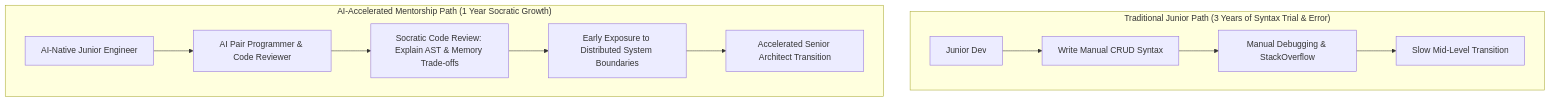
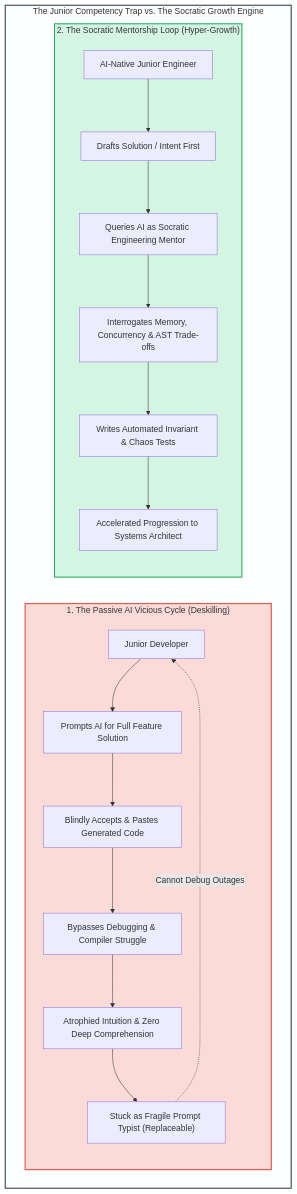
The first of 2 diagrams in content/series/ai-driven-engineer/part-8-the-junior-paradox.md (vesviet/vesviet), drawn with Mermaid before and after one commit. The commit also changed other lines of this file and 67 other files, not shown here.

Commit message:
feat(sprint-3): upgrade ai-data-engineering-pipeline and ai-driven-engineer series to 2027 SOTA masterclass

````diff
--- a/content/series/ai-driven-engineer/part-8-the-junior-paradox.md
+++ b/content/series/ai-driven-engineer/part-8-the-junior-paradox.md
@@ -45,15 +41,25 @@
 ```mermaid
-graph TD
-    subgraph Traditional_Junior_Path_3_Years_of_Syntax_Trial_Error ["Traditional Junior Path (3 Years of Syntax Trial & Error)"]
-        J1["Junior Dev"] --> Task1["Write Manual CRUD Syntax"]
-        Task1 --> Task2["Manual Debugging & StackOverflow"]
-        Task2 --> Mid1["Slow Mid-Level Transition"]
+flowchart TD
+    subgraph JuniorParadoxLoop ["The Junior Competency Trap vs. The Socratic Growth Engine"]
+        subgraph ViciousTrap ["1. The Passive AI Vicious Cycle (Deskilling)"]
+            J1["Junior Developer"] --> PromptPaste["Prompts AI for Full Feature Solution"]
+            PromptPaste --> BlindAccept["Blindly Accepts & Pastes Generated Code"]
+            BlindAccept --> BypassedStruggle["Bypasses Debugging & Compiler Struggle"]
+            BypassedStruggle --> AtrophiedIntuition["Atrophied Intuition & Zero Deep Comprehension"]
+            AtrophiedIntuition --> ImposterStagnation["Stuck as Fragile Prompt Typist (Replaceable)"]
+            ImposterStagnation -.->|Cannot Debug Outages| J1
+        end
+
+        subgraph VirtuousSocratic ["2. The Socratic Mentorship Loop (Hyper-Growth)"]
+            J2["AI-Native Junior Engineer"] --> DraftCode["Drafts Solution / Intent First"]
+            DraftCode --> SocraticQuery["Queries AI as Socratic Engineering Mentor"]
+            SocraticQuery --> InterrogateAST["Interrogates Memory, Concurrency & AST Trade-offs"]
+            InterrogateAST --> InvariantTesting["Writes Automated Invariant & Chaos Tests"]
+            InvariantTesting --> AcceleratedArchitect["Accelerated Progression to Systems Architect"]
+        end
     end
 
-    subgraph AI_Accelerated_Mentorship_Path_1_Year_Socratic_Growth ["AI-Accelerated Mentorship Path (1 Year Socratic Growth)"]
-        J2["AI-Native Junior Engineer"] --> AITool["AI Pair Programmer & Code Reviewer"]
-        AITool --> Socratic["Socratic Code Review: Explain AST & Memory Trade-offs"]
-        Socratic --> SystemDesign["Early Exposure to Distributed System Boundaries"]
-        SystemDesign --> Senior1["Accelerated Senior Architect Transition"]
-    end
+    style JuniorParadoxLoop fill:#fdfefe,stroke:#2c3e50,stroke-width:2px
+    style ViciousTrap fill:#fadbd8,stroke:#e74c3c,stroke-width:2px
+    style VirtuousSocratic fill:#d5f5e3,stroke:#27ae60,stroke-width:2px
 ```
````
